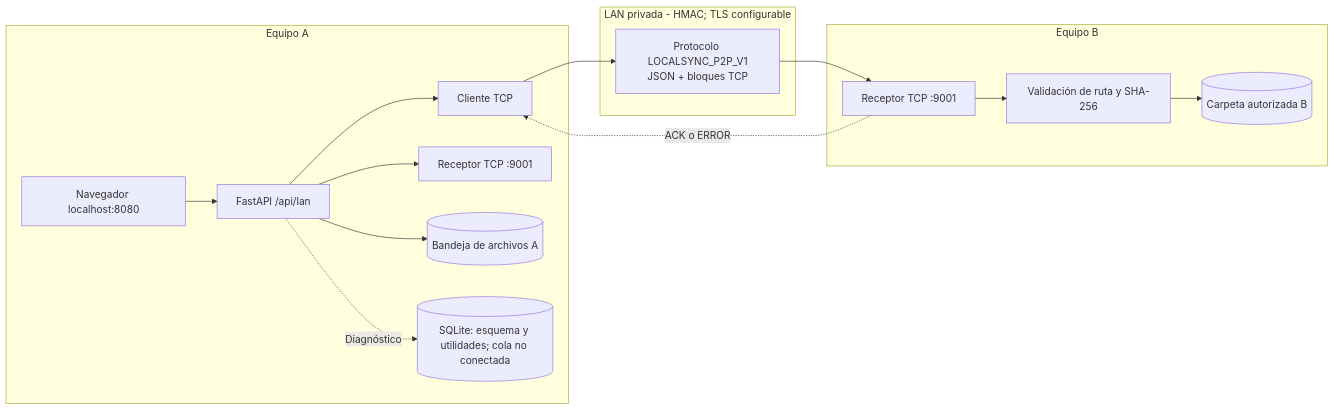
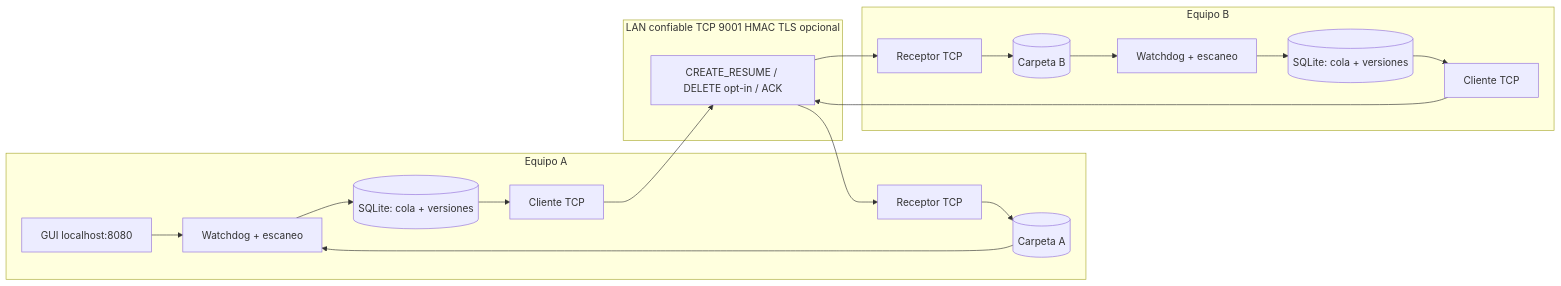
One commit to Codeforgeettttt/localsync-lan-engine_SistemasOperativos_G1 changed the diagram in documentacion/diagramas/fuentes_mermaid/arquitectura_p2p.mmd. Above: the diagram before and after it, drawn with Mermaid.

Commit message:
docs(diagrams): actualizar flujos de sincronización automáticos implementados

```diff
--- a/documentacion/diagramas/fuentes_mermaid/arquitectura_p2p.mmd
+++ b/documentacion/diagramas/fuentes_mermaid/arquitectura_p2p.mmd
@@ -1,28 +1,26 @@
-%% Arquitectura OPERATIVA LocalSync al 18-11-2026.
-%% No hay sincronización automática. Cada lado puede emitir y recibir manualmente.
+%% Arquitectura OPERATIVA LocalSync versión interna 0.4.0-sync
 flowchart LR
-  subgraph EquipoA["Equipo A"]
-    UA["Navegador localhost:8080"]
-    AP["FastAPI /api/lan"]
-    CA["Cliente TCP"]
-    RA["Receptor TCP :9001"]
-    FSA[("Bandeja de archivos A")]
-    DBA[("SQLite: esquema y utilidades; cola no conectada")]
-    UA --> AP
-    AP --> CA
-    AP --> RA
-    AP --> FSA
-    AP -. "Diagnóstico" .-> DBA
+  subgraph A["Equipo A"]
+    GUIA["GUI localhost:8080"]
+    SYNCA["Watchdog + escaneo"]
+    DBA[("SQLite: cola + versiones")]
+    TXA["Cliente TCP"]
+    RXA["Receptor TCP"]
+    FSA[("Carpeta A")]
+    GUIA --> SYNCA
+    FSA --> SYNCA --> DBA --> TXA
+    RXA --> FSA
   end
-  subgraph RedLAN["LAN privada - HMAC; TLS configurable"]
-    NET["Protocolo LOCALSYNC_P2P_V1\nJSON + bloques TCP"]
+  subgraph LAN["LAN confiable TCP 9001 HMAC TLS opcional"]
+    CANAL["CREATE_RESUME / DELETE opt-in / ACK"]
   end
-  subgraph EquipoB["Equipo B"]
-    RB["Receptor TCP :9001"]
-    CH["Validación de ruta y SHA-256"]
-    FSB[("Carpeta autorizada B")]
-    RB --> CH --> FSB
+  subgraph B["Equipo B"]
+    RXB["Receptor TCP"]
+    FSB[("Carpeta B")]
+    SYNCB["Watchdog + escaneo"]
+    DBB[("SQLite: cola + versiones")]
+    TXB["Cliente TCP"]
+    RXB --> FSB --> SYNCB --> DBB --> TXB
   end
-  CA --> NET --> RB
-  RB -. "ACK o ERROR" .-> CA
-  %% Para invertir la dirección, Equipo B actúa como emisor y Equipo A como receptor.
+  TXA --> CANAL --> RXB
+  TXB --> CANAL --> RXA
```
